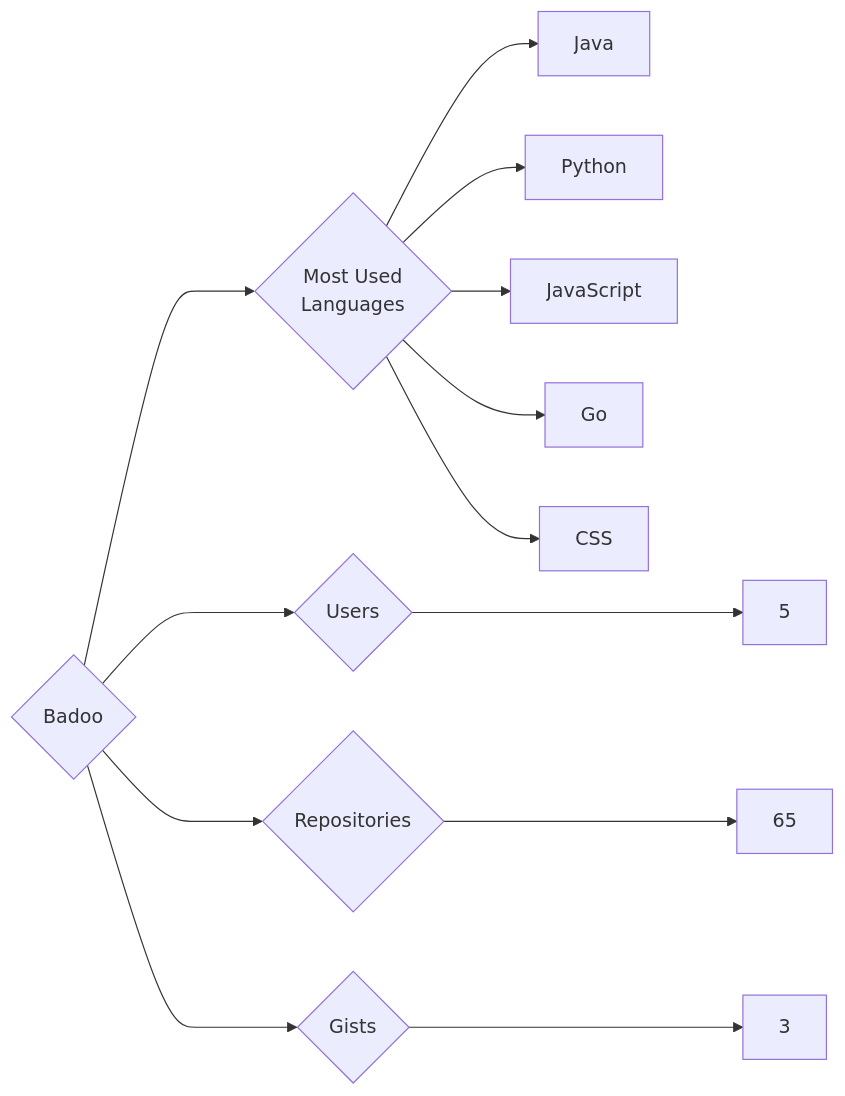
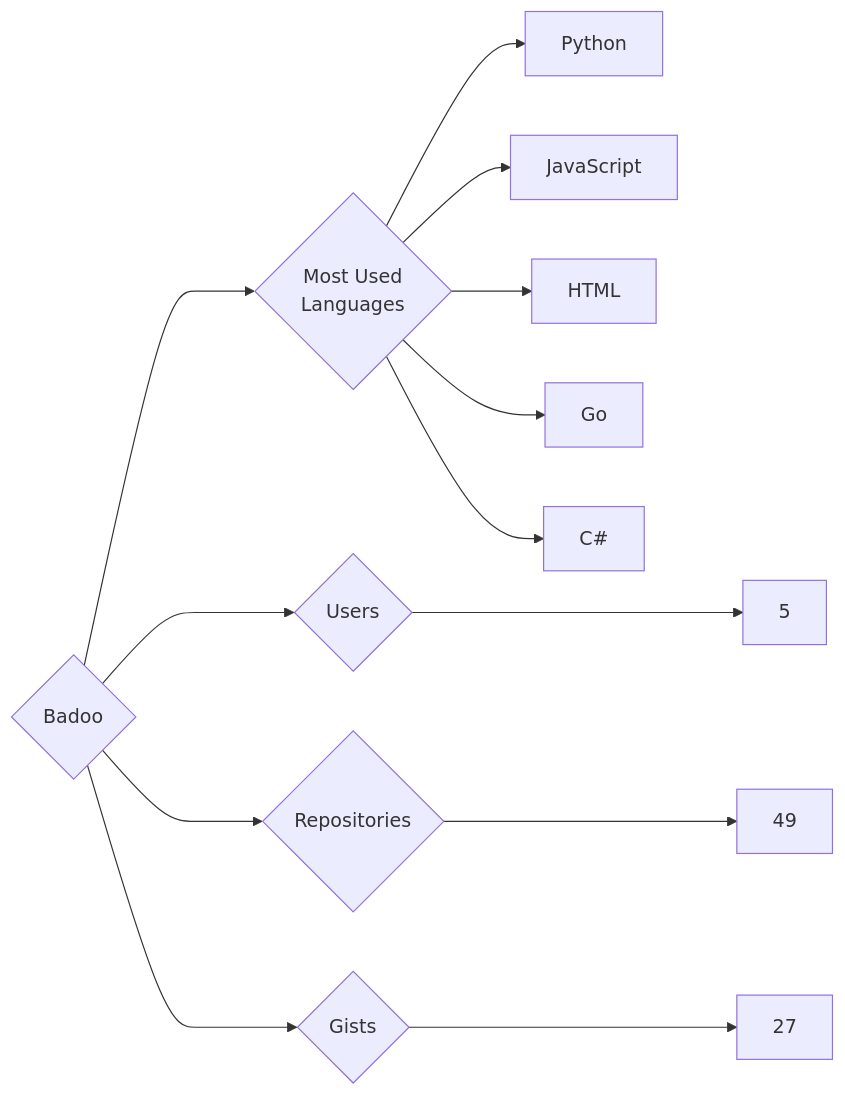
Before and after one commit to trickest/insiders: the diagram in targets/Badoo/README.md, drawn with Mermaid. The commit also changed 1055 other files, not shown here.

````diff
--- a/targets/Badoo/README.md
+++ b/targets/Badoo/README.md
@@ -3,13 +3,13 @@
 ```mermaid
 graph LR
 COMPANY_NAME{Badoo}
 COMPANY_NAME ---> U{Users} ---> UN[5]
-COMPANY_NAME ---> R{Repositories} ---> RN[65]
-COMPANY_NAME ---> G{Gists} ---> GN[3]
+COMPANY_NAME ---> R{Repositories} ---> RN[49]
+COMPANY_NAME ---> G{Gists} ---> GN[27]
 COMPANY_NAME ---> ML{Most Used<br>Languages}
-ML --> Java[Java]
 ML --> Python[Python]
 ML --> JavaScript[JavaScript]
+ML --> HTML[HTML]
 ML --> Go[Go]
-ML --> CSS[CSS]
+ML --> C#[C#]
 ```
````
